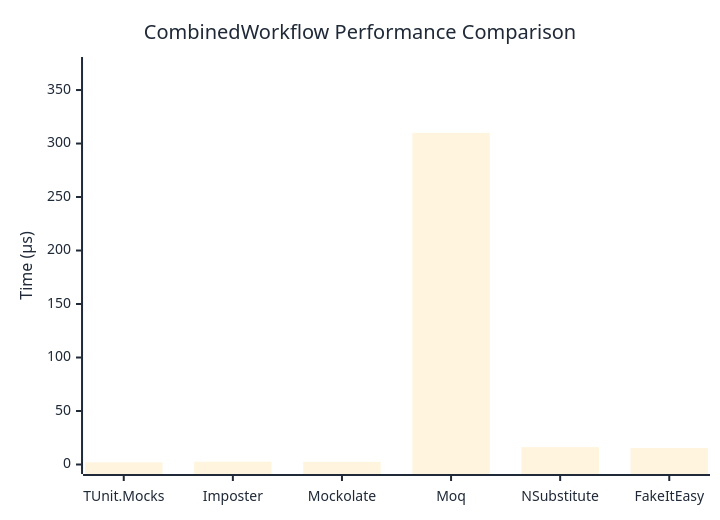
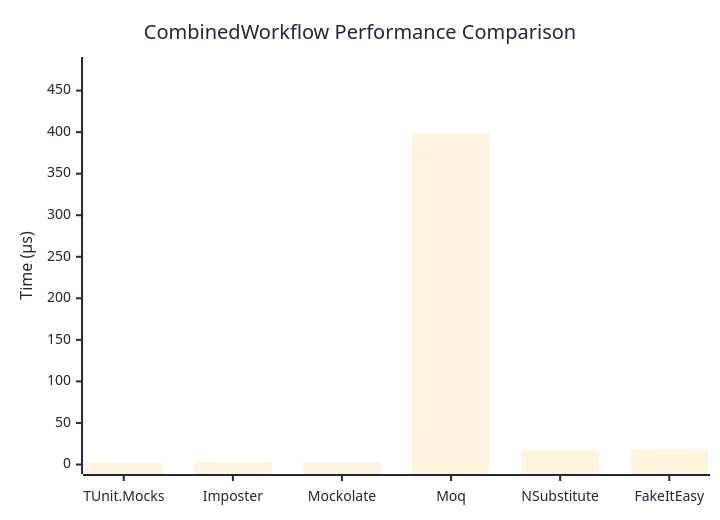
The diagram in docs/docs/benchmarks/mocks/CombinedWorkflow.md (thomhurst/TUnit), drawn with Mermaid before and after one commit. The commit also changed other lines of this file and 14 other files, not shown here.

````diff
--- a/docs/docs/benchmarks/mocks/CombinedWorkflow.md
+++ b/docs/docs/benchmarks/mocks/CombinedWorkflow.md
@@ -28,27 +28,27 @@
 ```mermaid
 %%{init: {
   'theme':'base',
   'themeVariables': {
     'primaryColor': '#2563eb',
     'primaryTextColor': '#1f2937',
     'primaryBorderColor': '#1e40af',
     'lineColor': '#6b7280',
     'secondaryColor': '#7c3aed',
     'tertiaryColor': '#dc2626',
     'background': '#ffffff',
     'pie1': '#2563eb',
     'pie2': '#7c3aed',
     'pie3': '#dc2626',
     'pie4': '#f59e0b',
     'pie5': '#10b981',
     'pie6': '#06b6d4',
     'pie7': '#ec4899',
     'pie8': '#6366f1'
   }
 }}%%
 xychart-beta
   title "CombinedWorkflow Performance Comparison"
   x-axis ["TUnit.Mocks", "Imposter", "Mockolate", "Moq", "NSubstitute", "FakeItEasy"]
-  y-axis "Time (μs)" 0 --> 372
-  bar [1.992, 2.628, 2.479, 309.995, 16.228, 15.431]
+  y-axis "Time (μs)" 0 --> 479
+  bar [1.836, 2.68, 2.449, 398.443, 17.009, 18.375]
 ```
````
